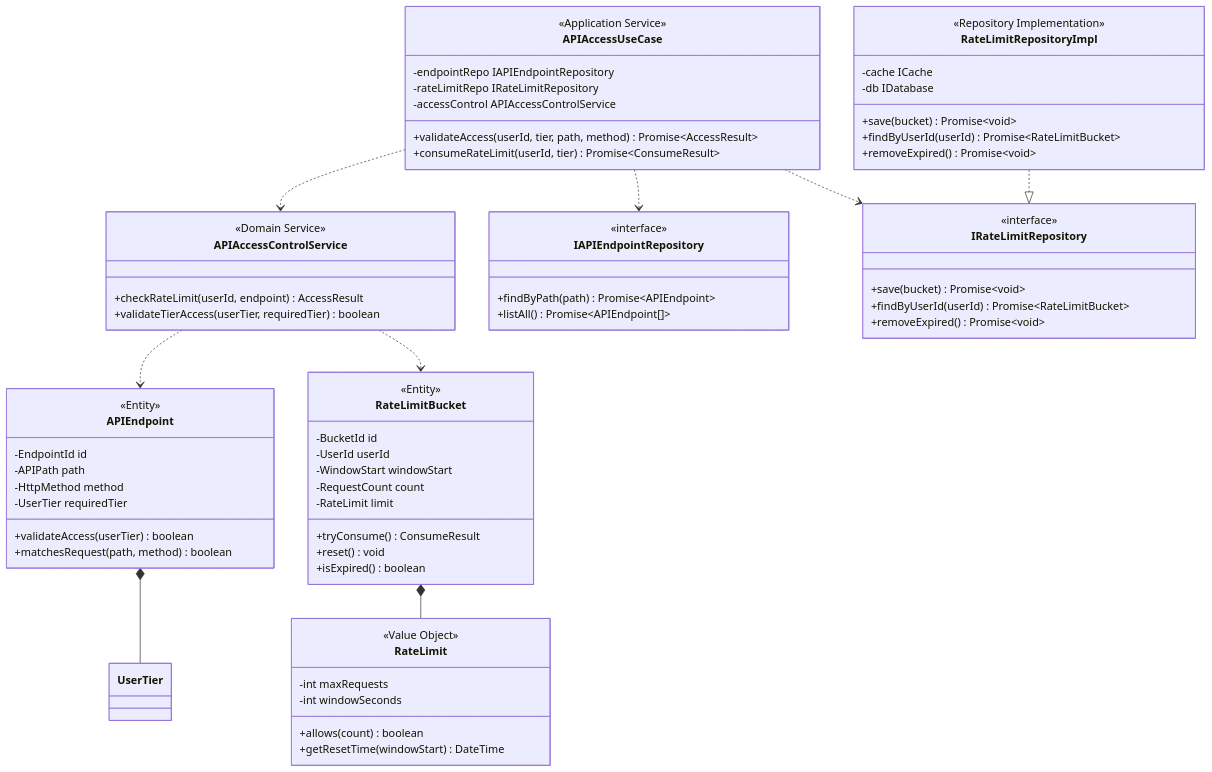
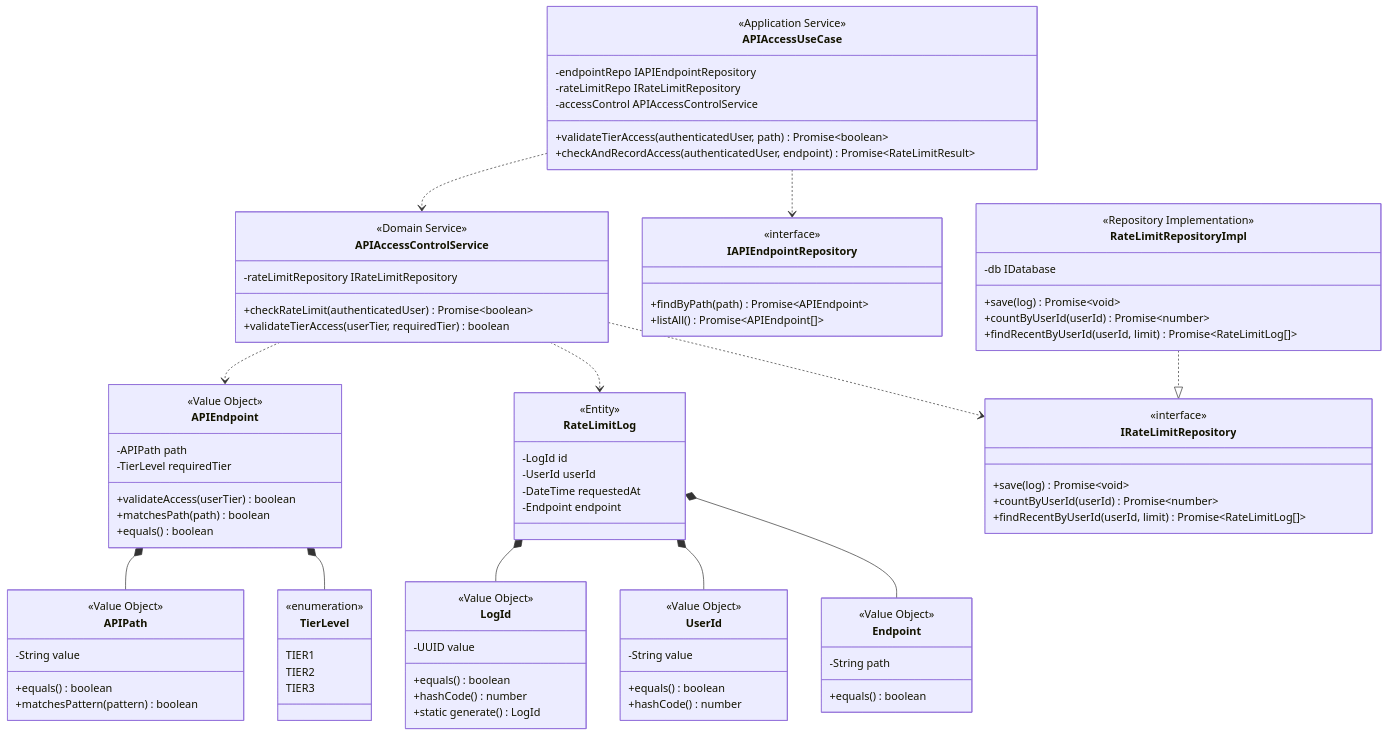
Before and after one commit to hydrangeas/redis-test: diagram 11 of 14 in docs/specs/step5-design.md, drawn with Mermaid. The commit also changed other lines of this file, not shown here.

```diff
--- a/docs/specs/step5-design.md
+++ b/docs/specs/step5-design.md
@@ -857,38 +850,63 @@
 classDiagram
     %% ドメイン層
     class APIEndpoint {
-        <<Entity>>
-        -EndpointId id
+        <<Value Object>>
         -APIPath path
-        -HttpMethod method
-        -UserTier requiredTier
+        -TierLevel requiredTier
         +validateAccess(userTier) boolean
-        +matchesRequest(path, method) boolean
+        +matchesPath(path) boolean
+        +equals() boolean
     }
     
-    class RateLimitBucket {
-        <<Entity>>
-        -BucketId id
-        -UserId userId
-        -WindowStart windowStart
-        -RequestCount count
-        -RateLimit limit
-        +tryConsume() ConsumeResult
-        +reset() void
-        +isExpired() boolean
+    %% RateLimitBucket削除済み - ログベース方式のため不要
+    
+    class TierLevel {
+        <<enumeration>>
+        TIER1
+        TIER2
+        TIER3
     }
     
-    class RateLimit {
+    class UserId {
         <<Value Object>>
-        -int maxRequests
-        -int windowSeconds
-        +allows(count) boolean
-        +getResetTime(windowStart) DateTime
+        -String value
+        +equals() boolean
+        +hashCode() number
+    }
+    
+    class APIPath {
+        <<Value Object>>
+        -String value
+        +equals() boolean
+        +matchesPattern(pattern) boolean
+    }
+    
+    class LogId {
+        <<Value Object>>
+        -UUID value
+        +equals() boolean
+        +hashCode() number
+        +static generate() LogId
+    }
+    
+    class RateLimitLog {
+        <<Entity>>
+        -LogId id
+        -UserId userId
+        -DateTime requestedAt
+        -Endpoint endpoint
+    }
+    
+    class Endpoint {
+        <<Value Object>>
+        -String path
+        +equals() boolean
     }
     
     class APIAccessControlService {
         <<Domain Service>>
-        +checkRateLimit(userId, endpoint) AccessResult
+        -rateLimitRepository IRateLimitRepository
+        +checkRateLimit(authenticatedUser) Promise~boolean~
         +validateTierAccess(userTier, requiredTier) boolean
     }
     
@@ -900,9 +918,9 @@
     
     class IRateLimitRepository {
         <<interface>>
-        +save(bucket) Promise~void~
-        +findByUserId(userId) Promise~RateLimitBucket~
-        +removeExpired() Promise~void~
+        +save(log) Promise~void~
+        +countByUserId(userId) Promise~number~
+        +findRecentByUserId(userId, limit) Promise~RateLimitLog[]~
     }
     
     %% アプリケーション層
@@ -911,27 +929,29 @@
         -endpointRepo IAPIEndpointRepository
         -rateLimitRepo IRateLimitRepository
         -accessControl APIAccessControlService
-        +validateAccess(userId, tier, path, method) Promise~AccessResult~
-        +consumeRateLimit(userId, tier) Promise~ConsumeResult~
+        +validateTierAccess(authenticatedUser, path) Promise~boolean~
+        +checkAndRecordAccess(authenticatedUser, endpoint) Promise~RateLimitResult~
     }
     
     %% インフラ層
     class RateLimitRepositoryImpl {
         <<Repository Implementation>>
-        -cache ICache
         -db IDatabase
-        +save(bucket) Promise~void~
-        +findByUserId(userId) Promise~RateLimitBucket~
-        +removeExpired() Promise~void~
+        +save(log) Promise~void~
+        +countByUserId(userId) Promise~number~
+        +findRecentByUserId(userId, limit) Promise~RateLimitLog[]~
     }
     
     %% 関係性
-    APIEndpoint *-- UserTier
-    RateLimitBucket *-- RateLimit
+    APIEndpoint *-- APIPath
+    APIEndpoint *-- TierLevel
+    RateLimitLog *-- LogId
+    RateLimitLog *-- UserId
+    RateLimitLog *-- Endpoint
     APIAccessControlService ..> APIEndpoint
-    APIAccessControlService ..> RateLimitBucket
+    APIAccessControlService ..> RateLimitLog
+    APIAccessControlService ..> IRateLimitRepository
     APIAccessUseCase ..> IAPIEndpointRepository
-    APIAccessUseCase ..> IRateLimitRepository
     APIAccessUseCase ..> APIAccessControlService
     RateLimitRepositoryImpl ..|> IRateLimitRepository
     
```
